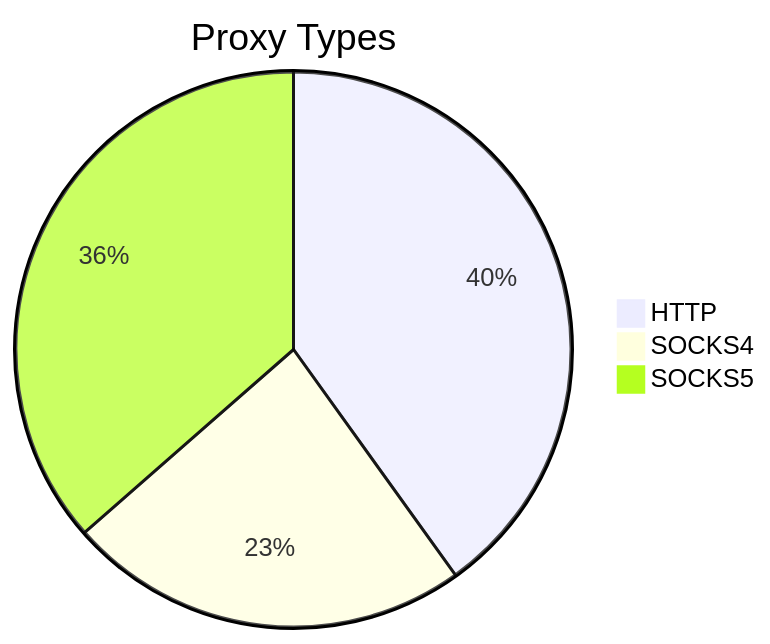
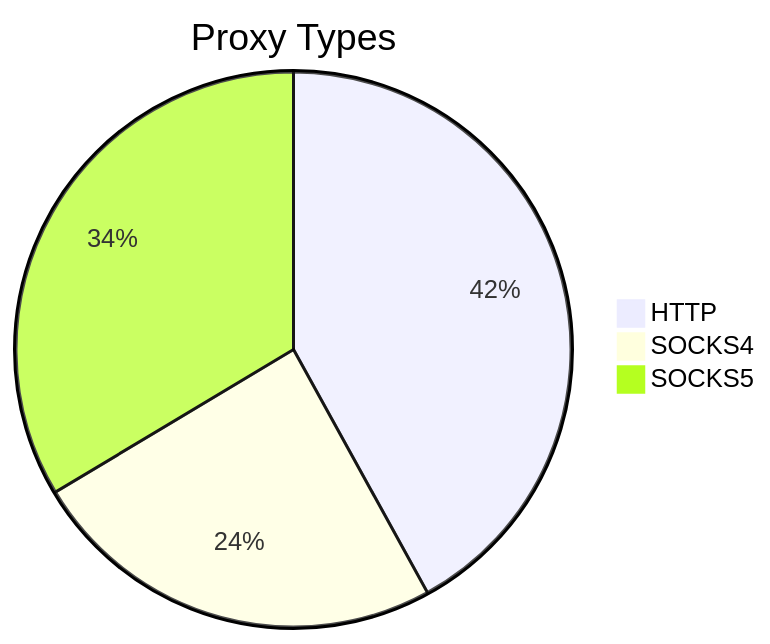
One commit to stormsia/proxy-list changed the first of 2 diagrams in README.md. Above: the diagram before and after it, drawn with Mermaid. The commit also changed other lines of this file, not shown here.

````diff
--- a/README.md
+++ b/README.md
@@ -21,6 +21,6 @@
 ```mermaid
 pie title Proxy Types
-    "HTTP" : 176
-    "SOCKS4" : 103
-    "SOCKS5" : 160
+    "HTTP" : 110
+    "SOCKS4" : 64
+    "SOCKS5" : 88
 ```
````
